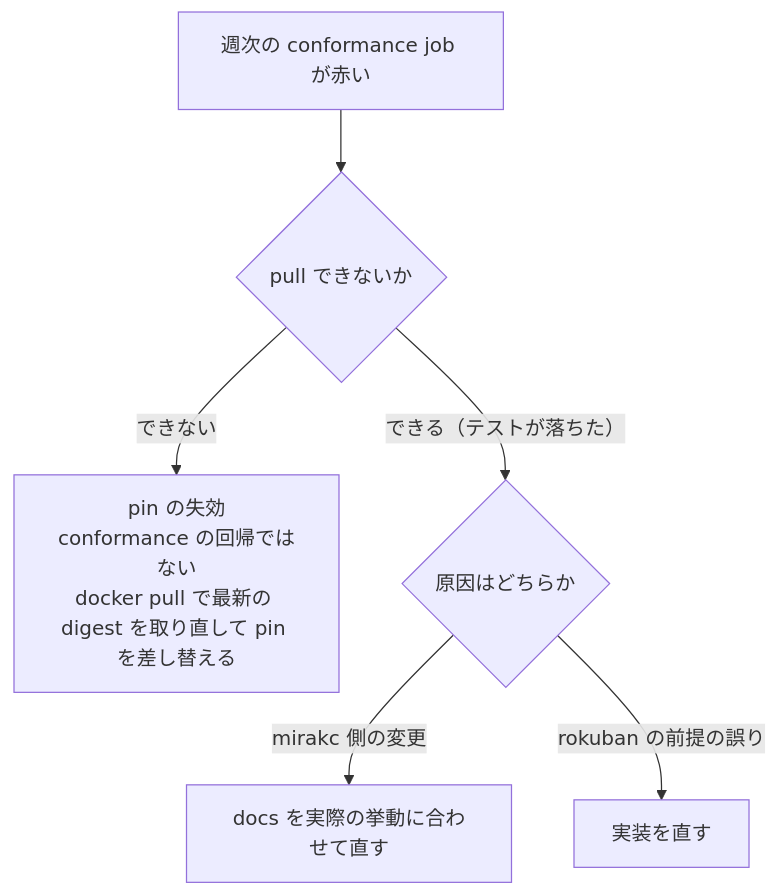
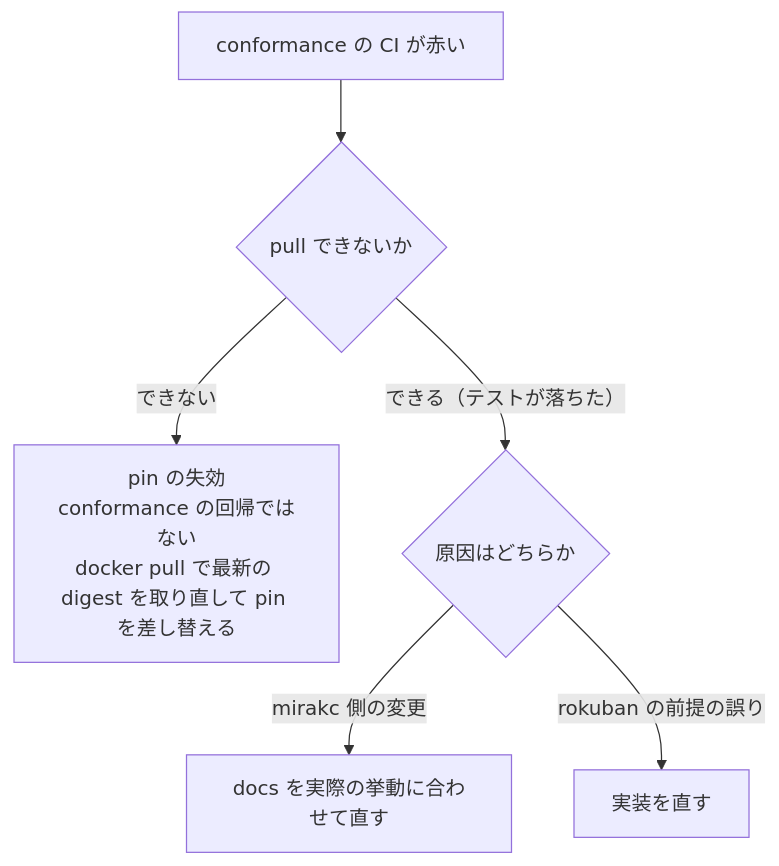
The second of 2 diagrams in docs/runbook/testing.md (fetburner/rokuban), drawn with Mermaid before and after one commit. The commit also changed other lines of this file and 20 other files, not shown here.

````diff
--- a/docs/runbook/testing.md
+++ b/docs/runbook/testing.md
@@ -223,8 +223,8 @@
 ```mermaid
 flowchart TD
-  A["週次の conformance job が赤い"] --> B{"pull できないか"}
+  A["conformance の CI が赤い"] --> B{"pull できないか"}
   B -- "できない" --> C["pin の失効<br/>conformance の回帰ではない<br/>docker pull で最新の digest を取り直して pin を差し替える"]
   B -- "できる（テストが落ちた）" --> D{"原因はどちらか"}
   D -- "mirakc 側の変更" --> E["docs を実際の挙動に合わせて直す"]
   D -- "rokuban の前提の誤り" --> F["実装を直す"]
 ```
````
